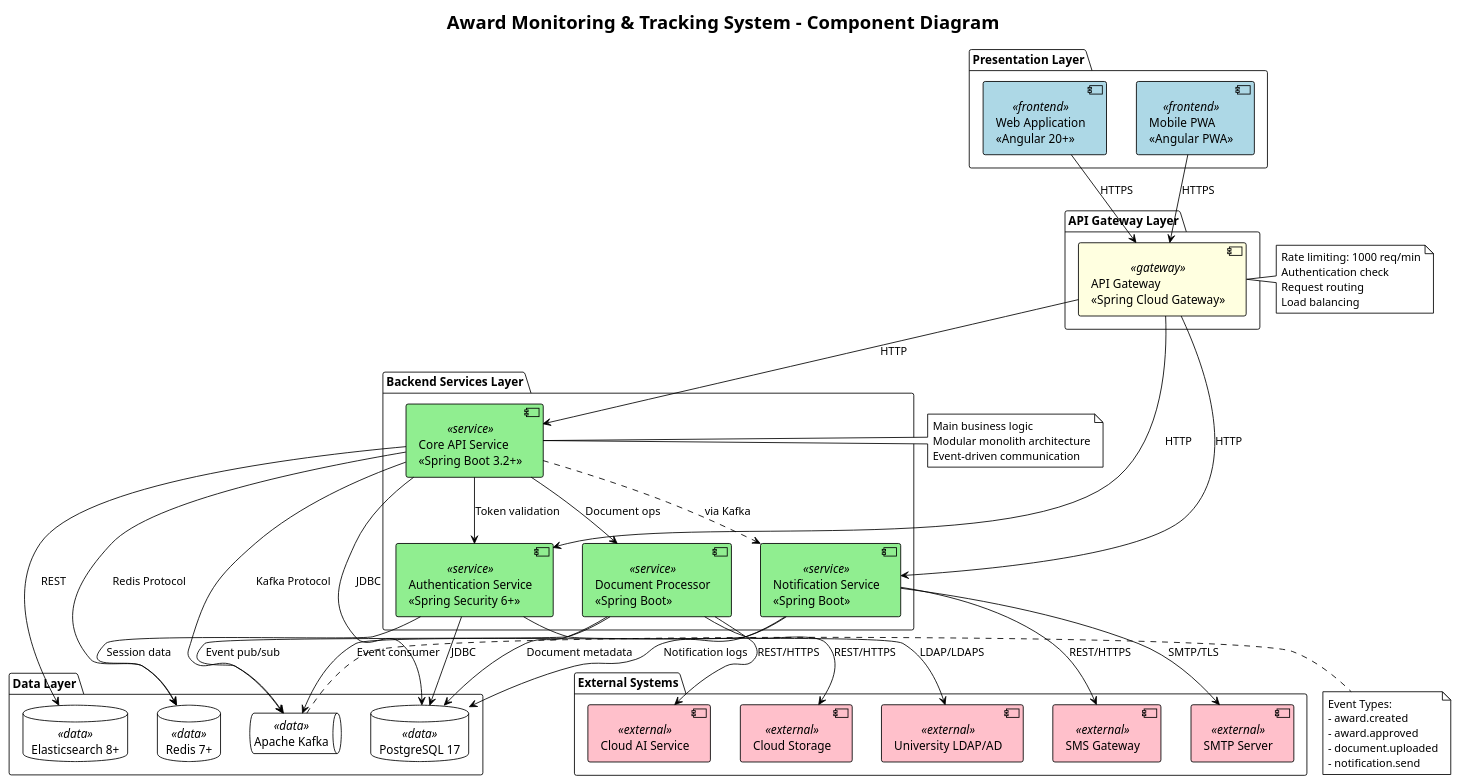
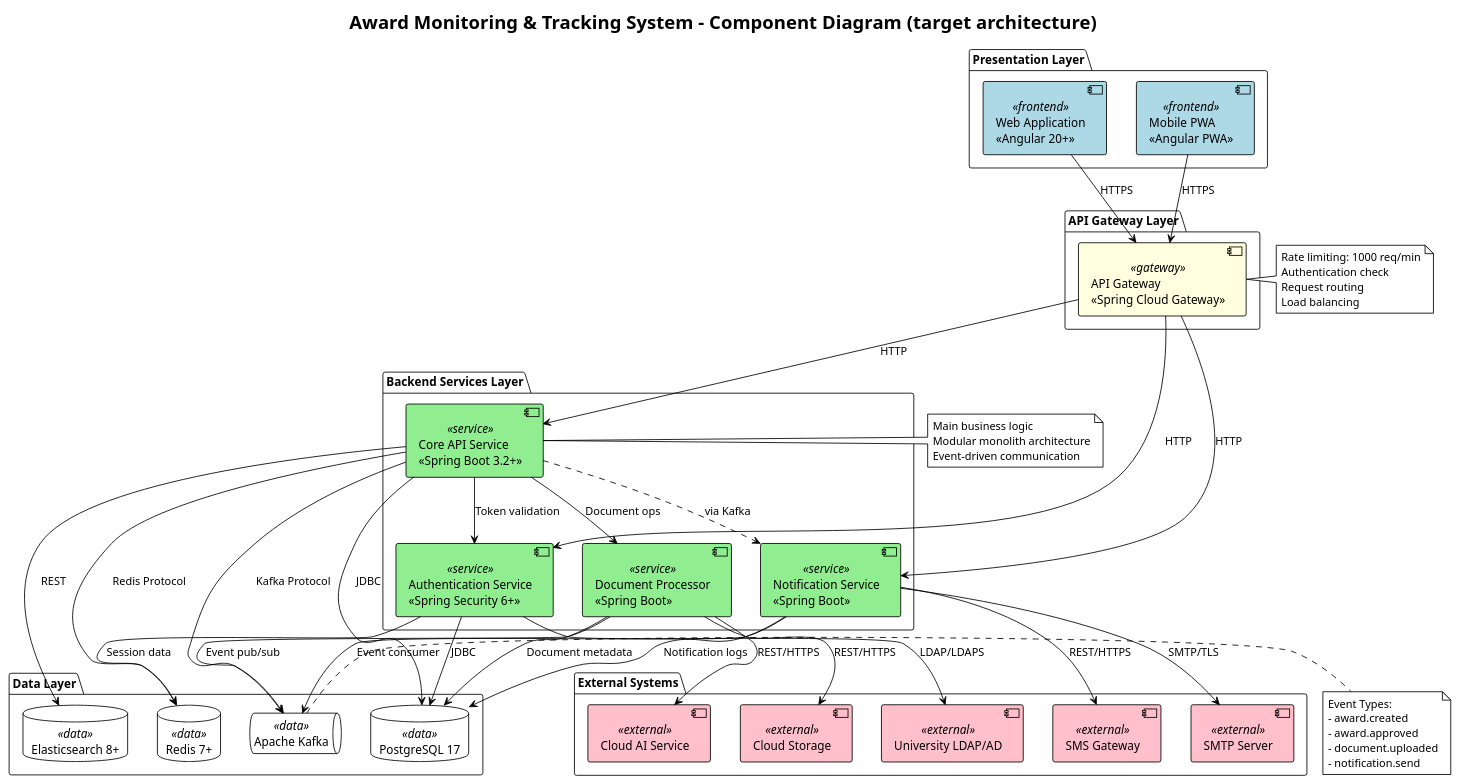
The diagram in docs/diagrams/uml/component-diagram.puml (StKostyk/award-monitoring-system), drawn with PlantUML before and after one commit. The commit also changed 33 other files, not shown here.

First line of the commit message:
docs: reconcile documentation with the code after Epic 2

```diff
--- a/docs/diagrams/uml/component-diagram.puml
+++ b/docs/diagrams/uml/component-diagram.puml
@@ -1,108 +1,110 @@
 @startuml Component_Diagram
 !theme plain
 skinparam component {
     BackgroundColor<<frontend>> LightBlue
     BackgroundColor<<gateway>> LightYellow
     BackgroundColor<<service>> LightGreen
     BackgroundColor<<data>> LightGray
     BackgroundColor<<external>> Pink
 }
 
-title Award Monitoring & Tracking System - Component Diagram
+title Award Monitoring & Tracking System - Component Diagram (target architecture)
+
+' Target architecture (2025 design). As built after Epic 2: package-diagram.puml and ../c4-container-as-built.puml; deferred parts are listed in the ADR addenda of 2026-10.
 
 ' Frontend Layer
 package "Presentation Layer" {
     component [Web Application\n<<Angular 20+>>] <<frontend>> as webapp
     component [Mobile PWA\n<<Angular PWA>>] <<frontend>> as pwa
 }
 
 ' API Gateway Layer
 package "API Gateway Layer" {
     component [API Gateway\n<<Spring Cloud Gateway>>] <<gateway>> as gateway
 }
 
 ' Backend Services Layer
 package "Backend Services Layer" {
     
     component [Core API Service\n<<Spring Boot 3.2+>>] <<service>> as core_api
     component [Authentication Service\n<<Spring Security 6+>>] <<service>> as auth_service
     component [Notification Service\n<<Spring Boot>>] <<service>> as notif_service
     component [Document Processor\n<<Spring Boot>>] <<service>> as doc_processor
 }
 
 ' Data Layer
 package "Data Layer" {
     database "PostgreSQL 17" <<data>> as postgres
     database "Redis 7+" <<data>> as redis
     database "Elasticsearch 8+" <<data>> as elasticsearch
     queue "Apache Kafka" <<data>> as kafka
 }
 
 ' External Systems
 package "External Systems" {
     component [University LDAP/AD] <<external>> as ldap
     component [Cloud AI Service] <<external>> as ai_service
     component [SMTP Server] <<external>> as smtp
     component [SMS Gateway] <<external>> as sms_gateway
     component [Cloud Storage] <<external>> as cloud_storage
 }
 
 ' Relationships - Frontend to Gateway
 webapp --> gateway : HTTPS
 pwa --> gateway : HTTPS
 
 ' Relationships - Gateway to Services
 gateway --> core_api : HTTP
 gateway --> auth_service : HTTP
 gateway --> notif_service : HTTP
 
 ' Relationships - Service to Service
 core_api --> auth_service : Token validation
 core_api --> doc_processor : Document ops
 core_api ..> notif_service : via Kafka
 
 ' Relationships - Services to Data
 core_api --> postgres : JDBC
 core_api --> redis : Redis Protocol
 core_api --> elasticsearch : REST
 core_api --> kafka : Kafka Protocol
 
 auth_service --> postgres : JDBC
 auth_service --> redis : Session data
 
 notif_service --> postgres : Notification logs
 notif_service --> kafka : Event consumer
 
 doc_processor --> postgres : Document metadata
 doc_processor --> kafka : Event pub/sub
 
 ' Relationships - Services to External
 auth_service --> ldap : LDAP/LDAPS
 doc_processor --> ai_service : REST/HTTPS
 doc_processor --> cloud_storage : REST/HTTPS
 notif_service --> smtp : SMTP/TLS
 notif_service --> sms_gateway : REST/HTTPS
 
 ' Notes
 note right of gateway
     Rate limiting: 1000 req/min
     Authentication check
     Request routing
     Load balancing
 end note
 
 note right of core_api
     Main business logic
     Modular monolith architecture
     Event-driven communication
 end note
 
 note right of kafka
     Event Types:
     - award.created
     - award.approved
     - document.uploaded
     - notification.send
 end note
 
 @enduml
```
